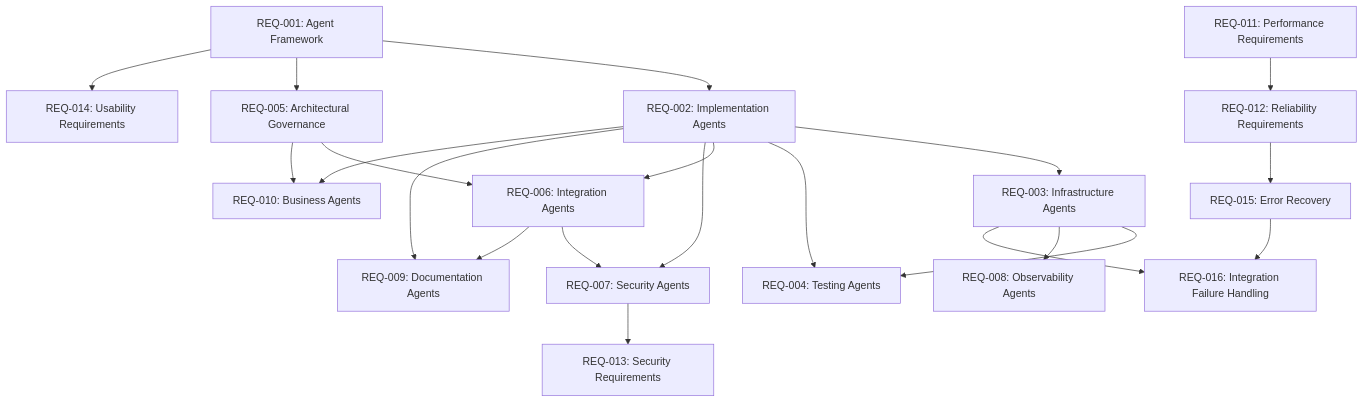
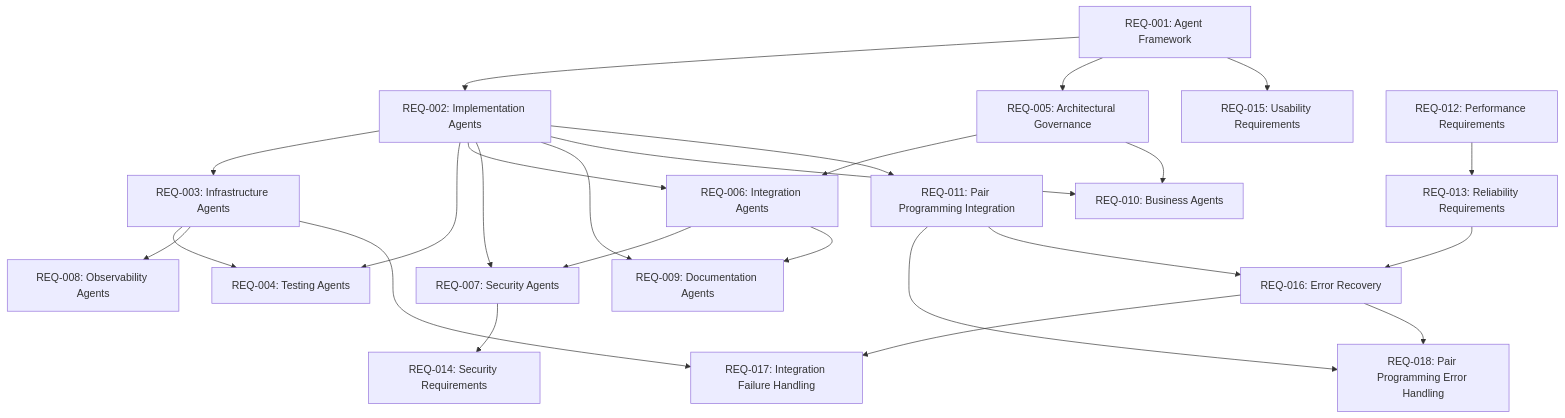
One commit to louisburroughs/durion-positivity-backend changed the diagram in .kiro/specs/agent-structure/requirements.md. Above: the diagram before and after it, drawn with Mermaid. The commit also changed other lines of this file and 3 other files, not shown here.

Commit message:
Added pair programming agents

````diff
--- a/.kiro/specs/agent-structure/requirements.md
+++ b/.kiro/specs/agent-structure/requirements.md
@@ -330,23 +372,27 @@
 ```mermaid
 graph TD
     REQ-001[REQ-001: Agent Framework] --> REQ-002[REQ-002: Implementation Agents]
     REQ-001 --> REQ-005[REQ-005: Architectural Governance]
-    REQ-001 --> REQ-014[REQ-014: Usability Requirements]
+    REQ-001 --> REQ-015[REQ-015: Usability Requirements]
     REQ-002 --> REQ-003[REQ-003: Infrastructure Agents]
     REQ-002 --> REQ-004[REQ-004: Testing Agents]
     REQ-002 --> REQ-006[REQ-006: Integration Agents]
     REQ-002 --> REQ-007[REQ-007: Security Agents]
     REQ-002 --> REQ-009[REQ-009: Documentation Agents]
     REQ-002 --> REQ-010[REQ-010: Business Agents]
+    REQ-002 --> REQ-011[REQ-011: Pair Programming Integration]
     REQ-003 --> REQ-004
     REQ-003 --> REQ-008[REQ-008: Observability Agents]
     REQ-005 --> REQ-006
     REQ-005 --> REQ-010
     REQ-006 --> REQ-007
     REQ-006 --> REQ-009
-    REQ-007 --> REQ-013[REQ-013: Security Requirements]
-    REQ-011[REQ-011: Performance Requirements] --> REQ-012[REQ-012: Reliability Requirements]
-    REQ-012 --> REQ-015[REQ-015: Error Recovery]
-    REQ-003 --> REQ-016[REQ-016: Integration Failure Handling]
-    REQ-015 --> REQ-016
+    REQ-007 --> REQ-014[REQ-014: Security Requirements]
+    REQ-011 --> REQ-018[REQ-018: Pair Programming Error Handling]
+    REQ-012[REQ-012: Performance Requirements] --> REQ-013[REQ-013: Reliability Requirements]
+    REQ-013 --> REQ-016[REQ-016: Error Recovery]
+    REQ-003 --> REQ-017[REQ-017: Integration Failure Handling]
+    REQ-016 --> REQ-017
+    REQ-011 --> REQ-016
+    REQ-016 --> REQ-018
 ```
````
